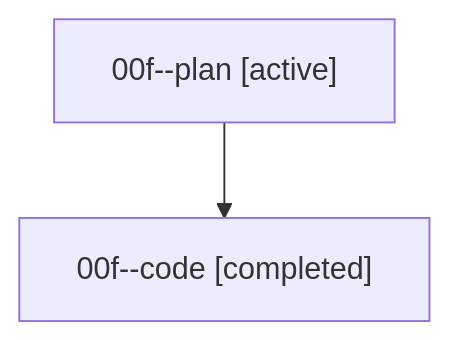
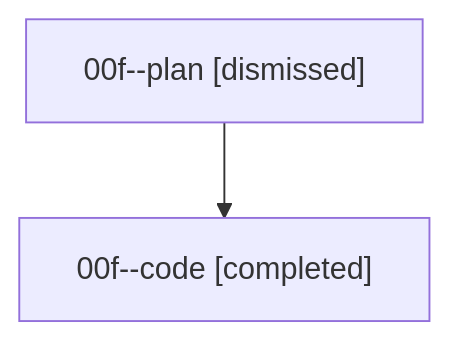
One commit to bobs-org/bob-cli--agents changed the diagram in sessions/bbugyi200.athena.00f.md. Above: the diagram before and after it, drawn with Mermaid. The commit also changed other lines of this file and 19 other files, not shown here.

````diff
--- a/sessions/bbugyi200.athena.00f.md
+++ b/sessions/bbugyi200.athena.00f.md
@@ -9,6 +9,6 @@
 ```mermaid
 flowchart TD
-  n0["00f--plan [active]"]
+  n0["00f--plan [dismissed]"]
   n1["00f--code [completed]"]
   n0 --> n1
 ```
````
